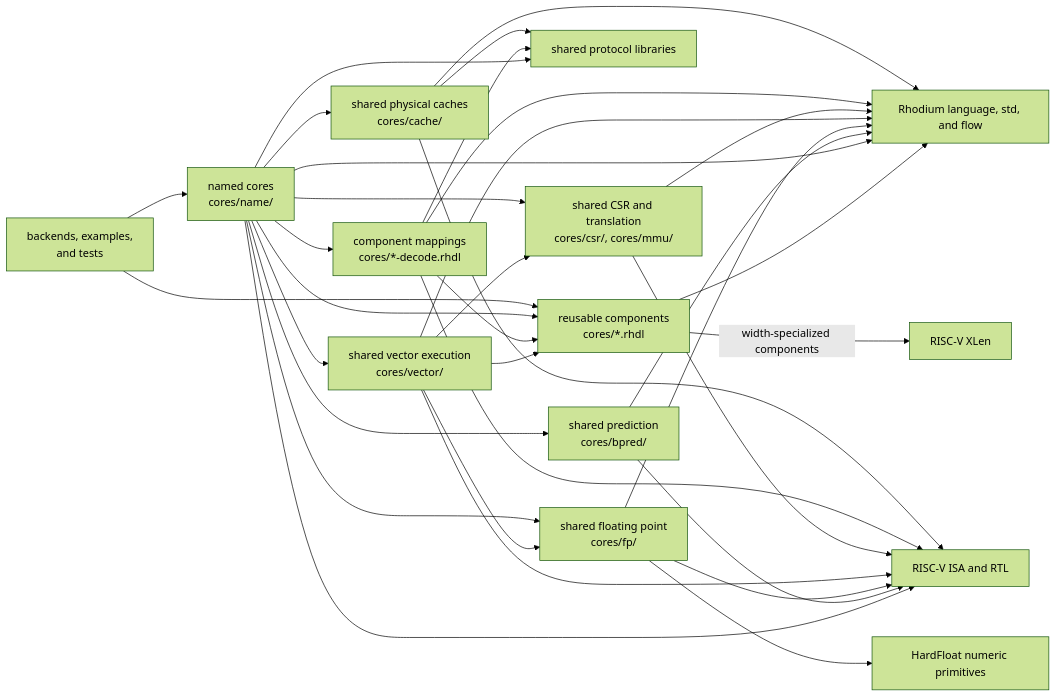
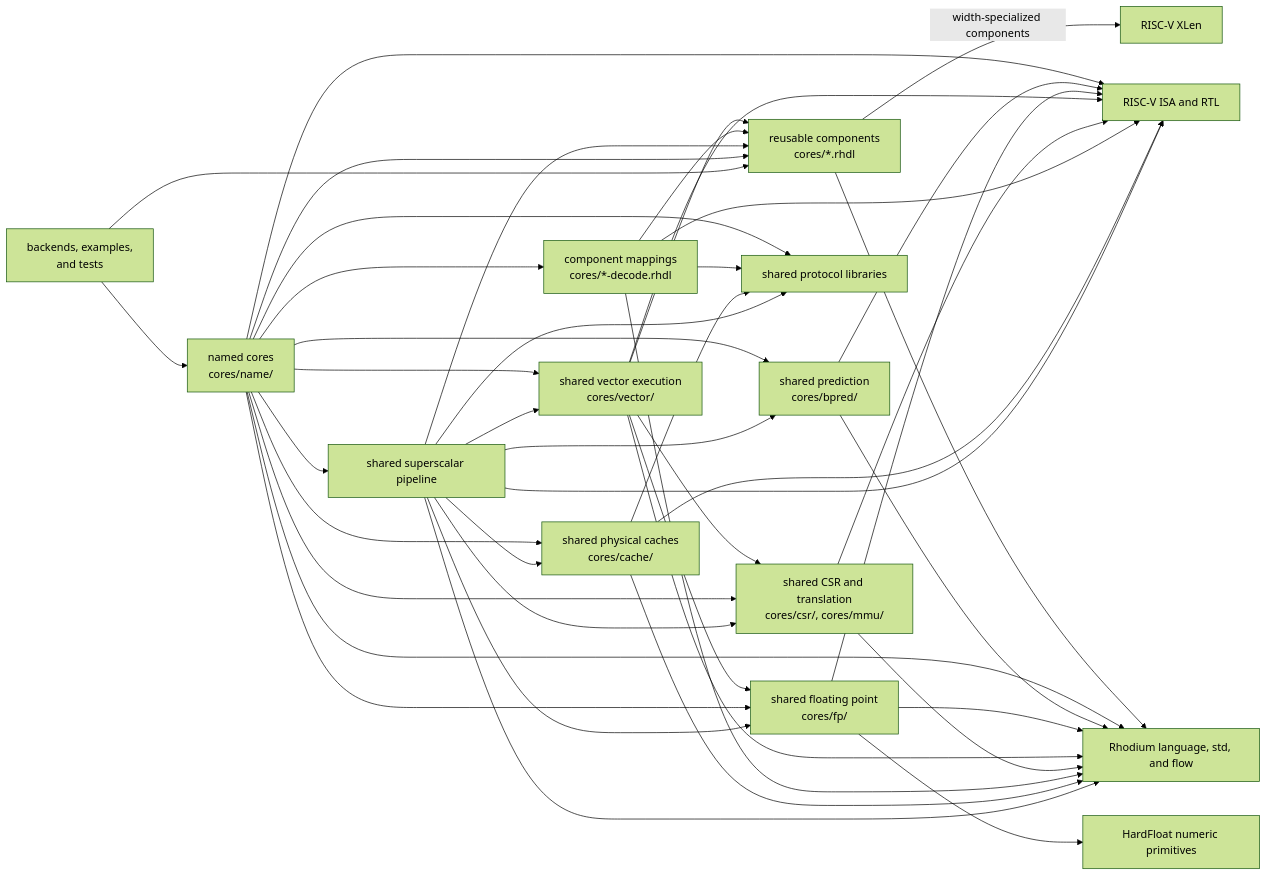
The diagram in cores/DEVELOPING.md (jerryz123/rhodium), drawn with Mermaid (forest theme) before and after one commit. The commit also changed other lines of this file and 182 other files, not shown here.

Commit message:
shared superscalar pipeline

````diff
--- a/cores/DEVELOPING.md
+++ b/cores/DEVELOPING.md
@@ -52,36 +55,46 @@
 ```mermaid
 flowchart LR
   Consumers["backends, examples,<br/>and tests"] --> Named["named cores<br/>cores/name/"]
   Consumers --> Reusable["reusable components<br/>cores/*.rhdl"]
   Named --> Reusable
+  Named --> Superscalar["shared superscalar pipeline"]
+  Superscalar --> Reusable
+  Superscalar --> Cache
+  Superscalar --> State
+  Superscalar --> FP
+  Superscalar --> Vector
+  Superscalar --> Bpred
+  Superscalar --> Riscv
+  Superscalar --> Protocols
+  Superscalar --> Rhodium
   Named --> Cache["shared physical caches<br/>cores/cache/"]
   Cache --> Protocols
   Cache --> Riscv
   Cache --> Rhodium
   Named --> Mapping["component mappings<br/>cores/*-decode.rhdl"]
   Mapping --> Reusable
   Mapping --> Riscv
   Mapping --> Protocols
   Mapping --> Rhodium
   Named --> State["shared CSR and translation<br/>cores/csr/, cores/mmu/"]
   State --> Riscv
   State --> Rhodium
   Named --> FP["shared floating point<br/>cores/fp/"]
   Named --> Vector["shared vector execution<br/>cores/vector/"]
   Vector --> FP
   Vector --> State
   Vector --> Reusable
   Vector --> Riscv
   Vector --> Rhodium
   FP --> Riscv
   FP --> Rhodium
   FP --> HardFloat["HardFloat numeric primitives"]
   Named --> Bpred["shared prediction<br/>cores/bpred/"]
   Bpred --> Riscv
   Bpred --> Rhodium
   Named --> Riscv["RISC-V ISA and RTL"]
   Named --> Protocols["shared protocol libraries"]
   Named --> Rhodium["Rhodium language, std, and flow"]
   Reusable --> Rhodium
   Reusable -->|"width-specialized components"| Xlen["RISC-V XLen"]
 ```
````
